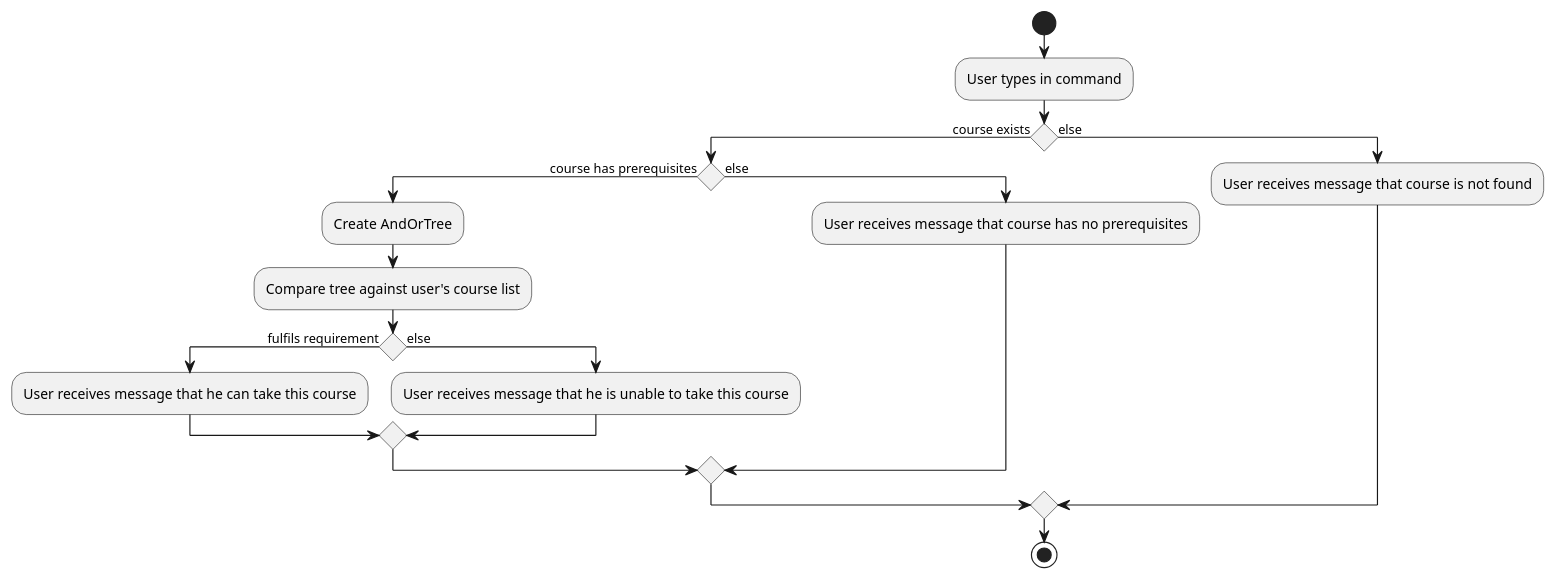
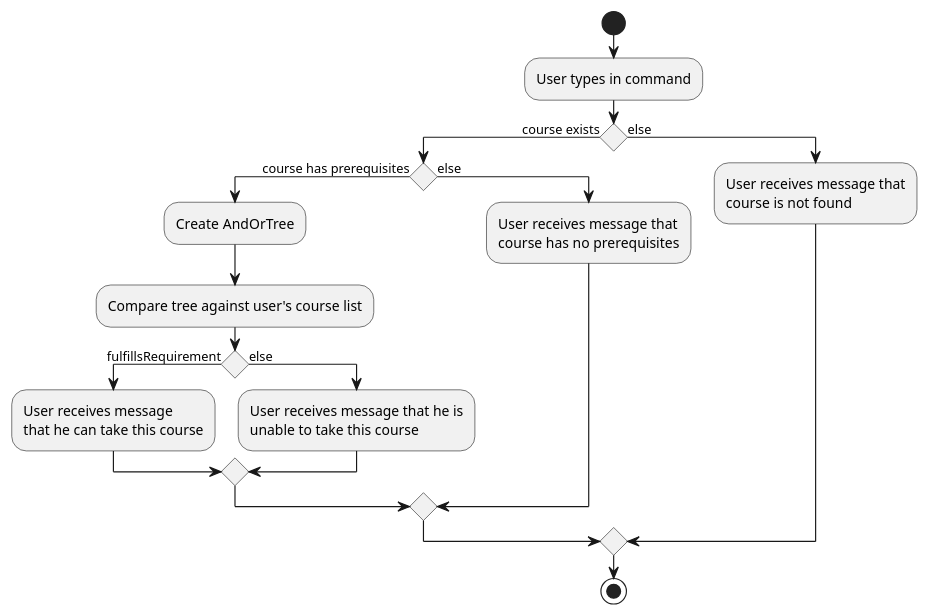
Before and after one commit to nus-cs2103-AY1920S1/addressbook-level3: the diagram in docs/diagrams/feature course-planner/CheckActivityDiagram.puml, drawn with PlantUML. The commit also changed 5 other files, not shown here.

```diff
--- a/docs/diagrams/feature course-planner/CheckActivityDiagram.puml
+++ b/docs/diagrams/feature course-planner/CheckActivityDiagram.puml
@@ -1,22 +1,22 @@
 @startuml
 
 start
 :User types in command;
 if () then (course exists)
     if () then (course has prerequisites)
         :Create AndOrTree;
         :Compare tree against user's course list;
-        if () then (fulfils requirement)
-            :User receives message that he can take this course;
+        if () then (fulfillsRequirement)
+            :User receives message\nthat he can take this course;
         else (else)
-            :User receives message that he is unable to take this course;
+            :User receives message that he is\nunable to take this course;
         endif
     else (else)
-        :User receives message that course has no prerequisites;
+        :User receives message that\ncourse has no prerequisites;
     endif
 else (else)
-    :User receives message that course is not found;
+    :User receives message that\ncourse is not found;
 endif
 stop
 
 @enduml
```
